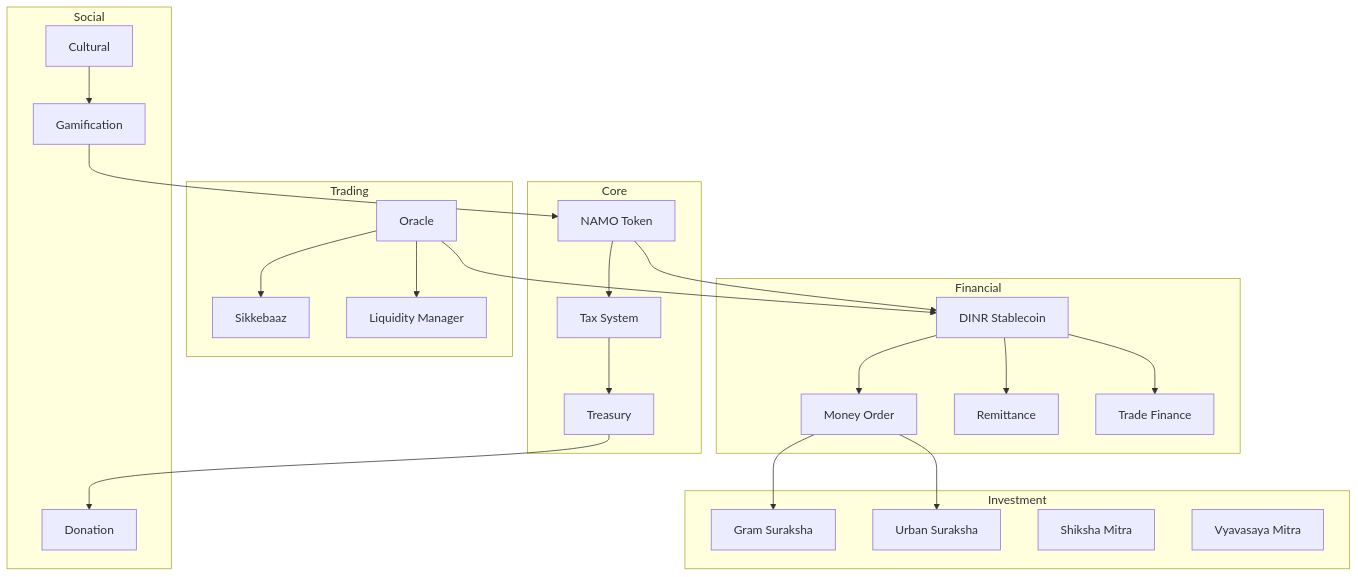
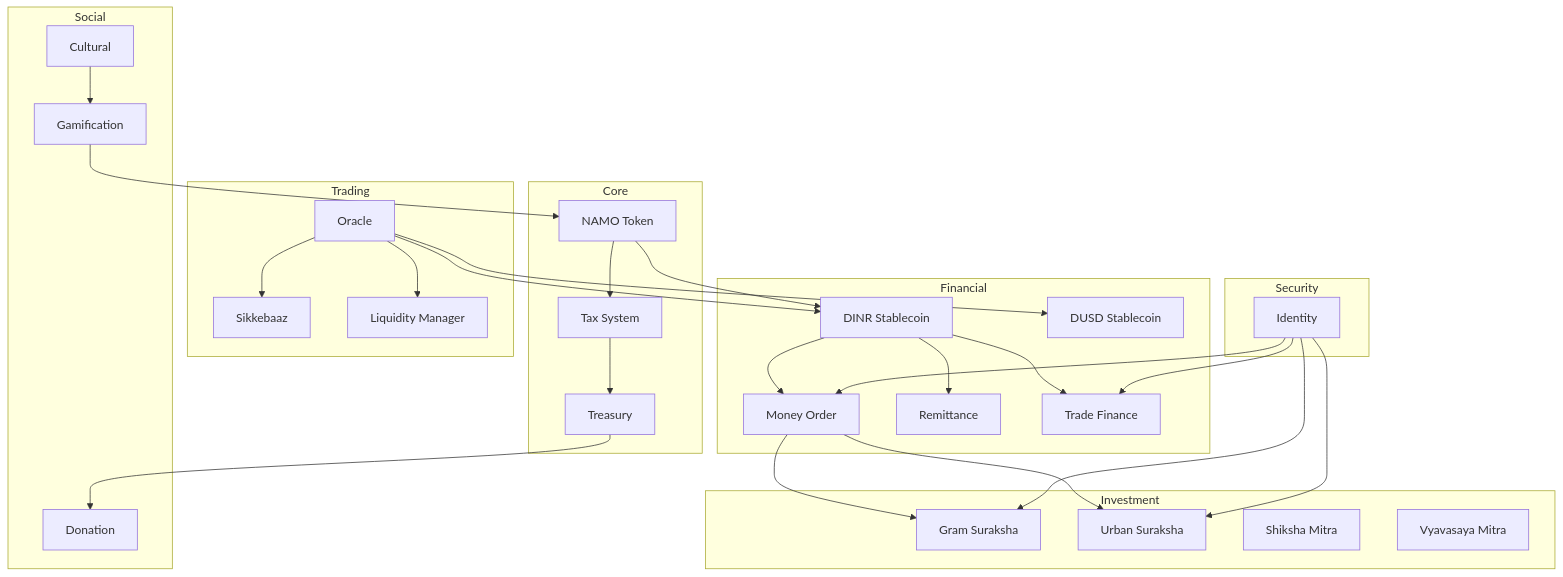
The diagram in docs/MODULE_OVERVIEW.md (DeshChain/DeshChain-Ecosystem), drawn with Mermaid before and after one commit. The commit also changed other lines of this file and 207 other files, not shown here.

````diff
--- a/docs/MODULE_OVERVIEW.md
+++ b/docs/MODULE_OVERVIEW.md
@@ -52,53 +56,64 @@
 ```mermaid
 graph TB
     subgraph Core
         NAMO[NAMO Token]
         TAX[Tax System]
         TREASURY[Treasury]
     end
     
     subgraph Financial
         DINR[DINR Stablecoin]
+        DUSD[DUSD Stablecoin]
         MO[Money Order]
         REM[Remittance]
         TF[Trade Finance]
     end
     
     subgraph Investment
         GS[Gram Suraksha]
         US[Urban Suraksha]
         SM[Shiksha Mitra]
         VM[Vyavasaya Mitra]
     end
     
     subgraph Trading
         SIK[Sikkebaaz]
         LM[Liquidity Manager]
         ORACLE[Oracle]
     end
     
     subgraph Social
         CULT[Cultural]
         GAM[Gamification]
         DON[Donation]
     end
     
+    subgraph Security
+        ID[Identity]
+    end
+    
     NAMO --> TAX
     TAX --> TREASURY
     TREASURY --> DON
     
     NAMO --> DINR
     DINR --> MO
     DINR --> REM
     DINR --> TF
     
     MO --> GS
     MO --> US
     
     ORACLE --> DINR
+    ORACLE --> DUSD
     ORACLE --> SIK
     ORACLE --> LM
     
     CULT --> GAM
     GAM --> NAMO
+    
+    ID --> TF
+    ID --> MO
+    ID --> GS
+    ID --> US
 ```
````
